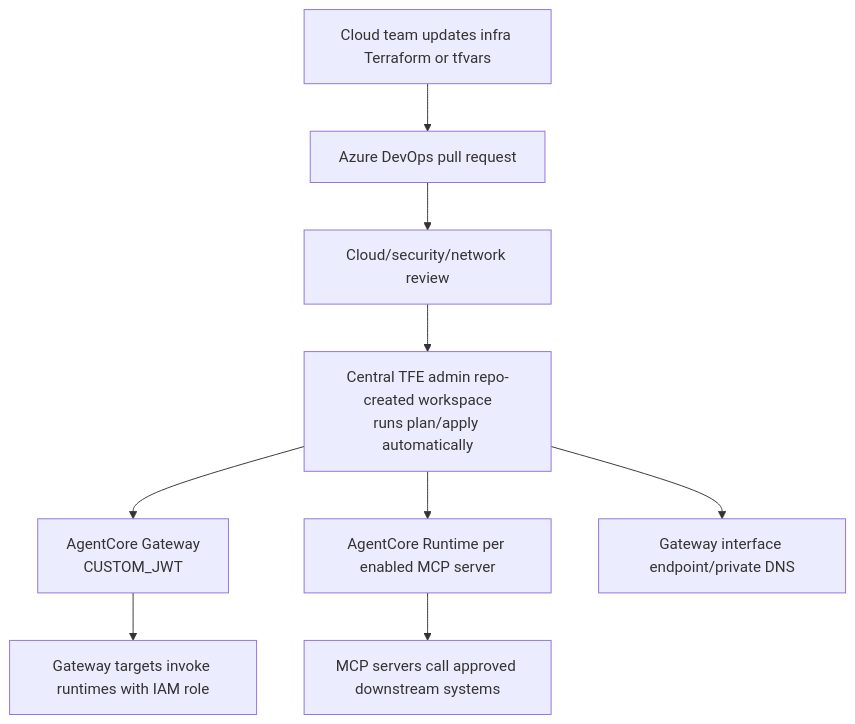
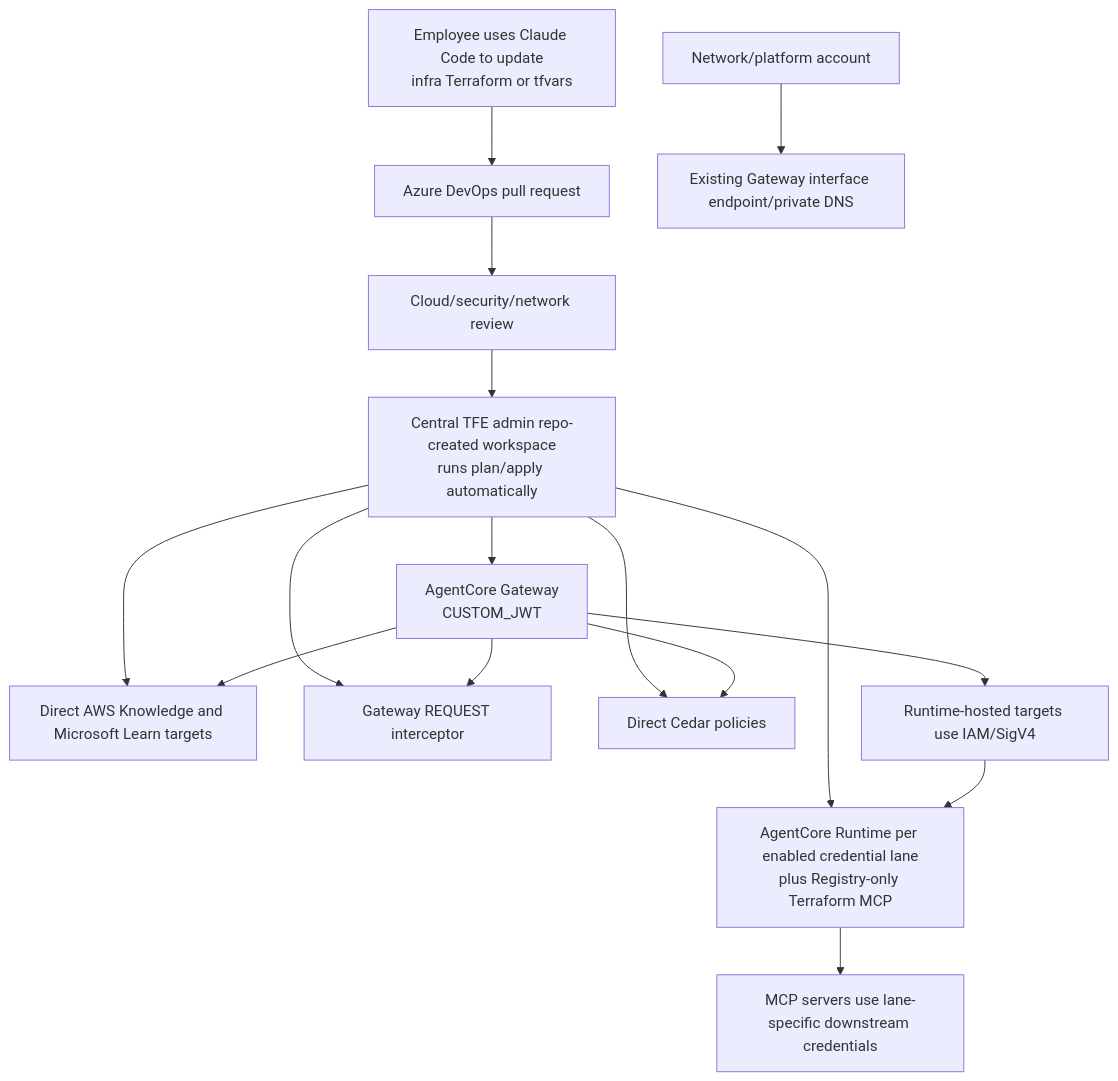
One commit to ron8520/mcp_poc changed the fourth of 7 diagrams in docs/architecture/devops-workflows.md. Above: the diagram before and after it, drawn with Mermaid. The commit also changed other lines of this file and 91 other files, not shown here.

````diff
--- a/docs/architecture/devops-workflows.md
+++ b/docs/architecture/devops-workflows.md
@@ -87,11 +84,18 @@
 ```mermaid
 flowchart TD
-    Cloud["Cloud team updates infra Terraform or tfvars"] --> PR["Azure DevOps pull request"]
+    Claude["Employee uses Claude Code to update<br>infra Terraform or tfvars"] --> PR["Azure DevOps pull request"]
     PR --> Review["Cloud/security/network review"]
     Review --> TFEAdmin["Central TFE admin repo-created workspace\nruns plan/apply automatically"]
     TFEAdmin --> Gateway["AgentCore Gateway\nCUSTOM_JWT"]
-    TFEAdmin --> Runtime["AgentCore Runtime per enabled MCP server"]
-    TFEAdmin --> PrivateLink["Gateway interface endpoint/private DNS"]
-    Gateway --> Targets["Gateway targets invoke runtimes with IAM role"]
-    Runtime --> Downstream["MCP servers call approved downstream systems"]
+    TFEAdmin --> Runtime["AgentCore Runtime per enabled credential lane\nplus Registry-only Terraform MCP"]
+    TFEAdmin --> VendorTargets["Direct AWS Knowledge and Microsoft Learn targets"]
+    TFEAdmin --> Interceptor["Gateway REQUEST interceptor"]
+    TFEAdmin --> Policy["Direct Cedar policies"]
+    Network["Network/platform account"] --> PrivateLink["Existing Gateway interface endpoint/private DNS"]
+    Gateway --> Policy
+    Gateway --> Interceptor
+    Gateway --> VendorTargets
+    Gateway --> Targets["Runtime-hosted targets use IAM/SigV4"]
+    Targets --> Runtime
+    Runtime --> Downstream["MCP servers use lane-specific downstream credentials"]
 ```
````
